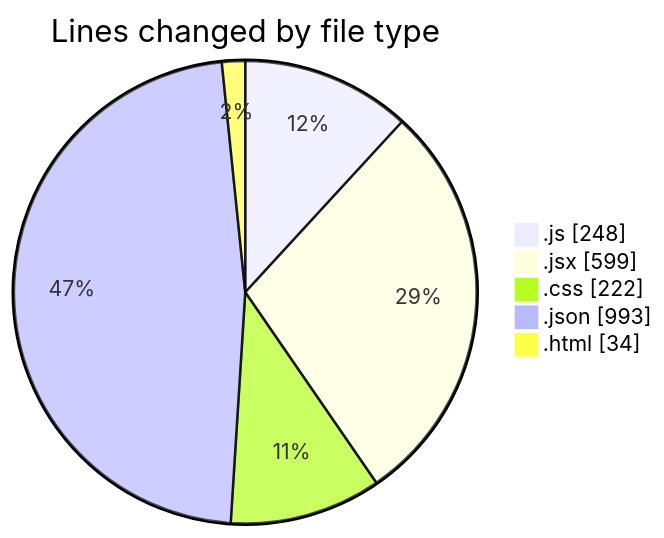
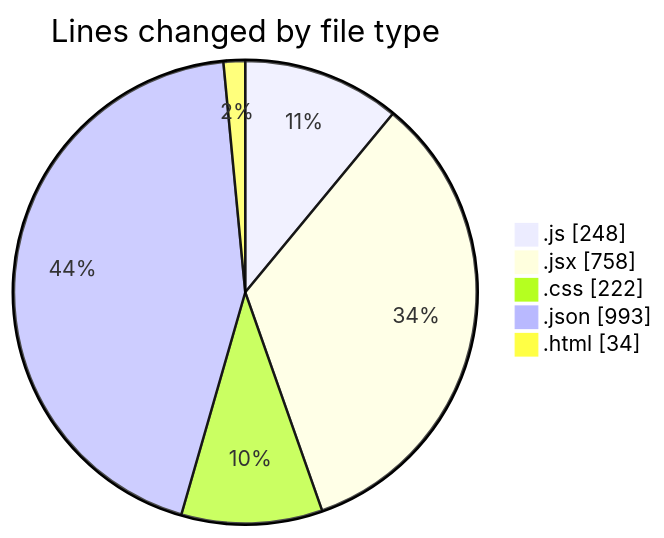
Before and after one commit to Ritupan-Deka/code-tracking: the first of 2 diagrams in 2025-07-01/urlwebwalatask/README.md, drawn with Mermaid. The commit also changed other lines of this file and 1 other file, not shown here.

````diff
--- a/2025-07-01/urlwebwalatask/README.md
+++ b/2025-07-01/urlwebwalatask/README.md
@@ -31,9 +31,9 @@
 ```mermaid
 pie showData
 title Lines changed by file type
 ".js" : 248
-".jsx" : 599
+".jsx" : 758
 ".css" : 222
 ".json" : 993
 ".html" : 34
 ```
````
